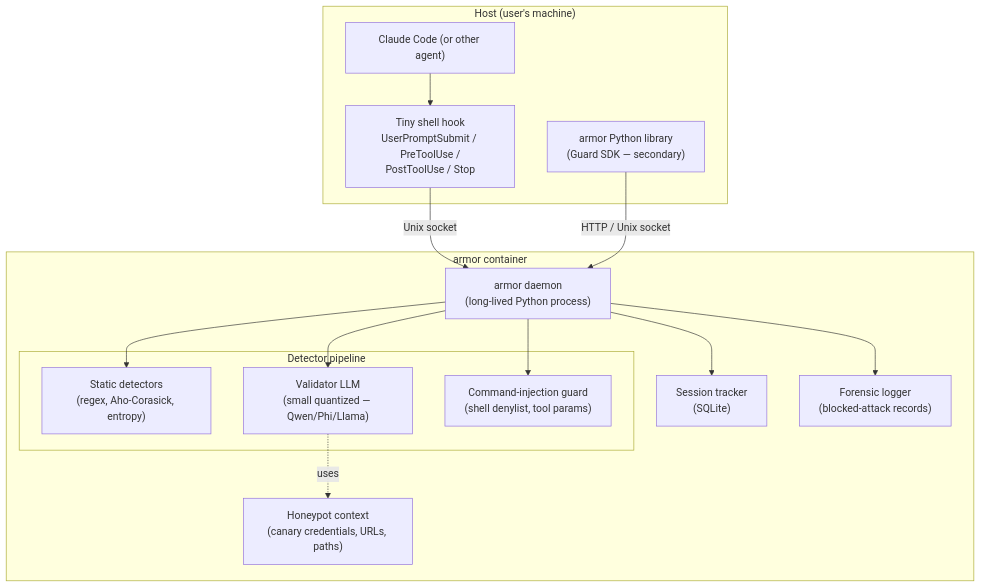
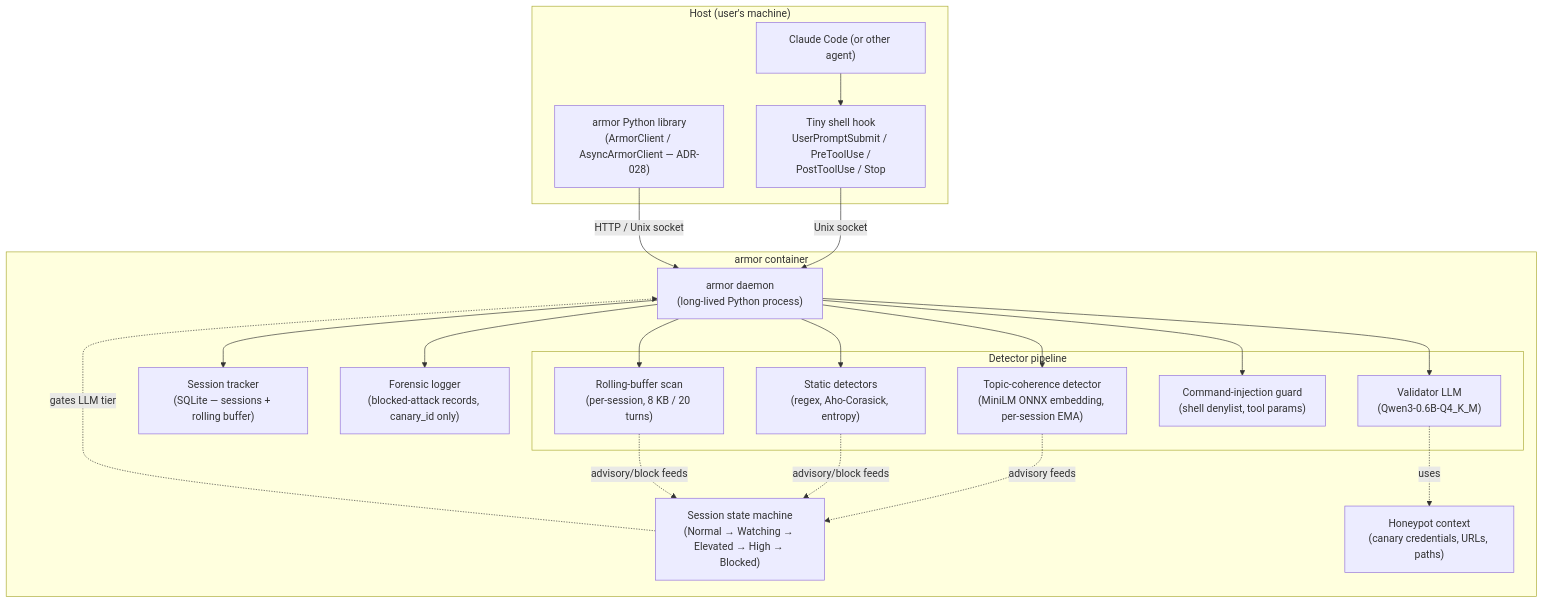
One commit to tkdtaylor/armor changed the first of 5 diagrams in docs/architecture/diagrams.md. Above: the diagram before and after it, drawn with Mermaid. The commit also changed other lines of this file and 95 other files, not shown here.

````diff
--- a/docs/architecture/diagrams.md
+++ b/docs/architecture/diagrams.md
@@ -14,32 +14,41 @@
 ```mermaid
 flowchart TB
     subgraph Host["Host (user's machine)"]
         CC["Claude Code (or other agent)"]
         Hook["Tiny shell hook<br/>UserPromptSubmit / PreToolUse /<br/>PostToolUse / Stop"]
-        Lib["armor Python library<br/>(Guard SDK — secondary)"]
+        Lib["armor Python library<br/>(ArmorClient / AsyncArmorClient — ADR-028)"]
     end
 
     subgraph Container["armor container"]
         Daemon["armor daemon<br/>(long-lived Python process)"]
 
         subgraph Detectors["Detector pipeline"]
             Static["Static detectors<br/>(regex, Aho-Corasick, entropy)"]
-            Validator["Validator LLM<br/>(small quantized — Qwen/Phi/Llama)"]
+            Validator["Validator LLM<br/>(Qwen3-0.6B-Q4_K_M)"]
+            Topic["Topic-coherence detector<br/>(MiniLM ONNX embedding, per-session EMA)"]
             CmdGuard["Command-injection guard<br/>(shell denylist, tool params)"]
+            Rolling["Rolling-buffer scan<br/>(per-session, 8 KB / 20 turns)"]
         end
 
-        Session["Session tracker<br/>(SQLite)"]
-        Forensic["Forensic logger<br/>(blocked-attack records)"]
+        FSM["Session state machine<br/>(Normal → Watching → Elevated → High → Blocked)"]
+        Session["Session tracker<br/>(SQLite — sessions + rolling buffer)"]
+        Forensic["Forensic logger<br/>(blocked-attack records, canary_id only)"]
         Honeypot["Honeypot context<br/>(canary credentials, URLs, paths)"]
     end
 
     CC --> Hook
     Hook -->|Unix socket| Daemon
     Lib -->|HTTP / Unix socket| Daemon
     Daemon --> Static
     Daemon --> Validator
+    Daemon --> Topic
     Daemon --> CmdGuard
+    Daemon --> Rolling
     Validator -.uses.-> Honeypot
+    Topic -.advisory feeds.-> FSM
+    Static -.advisory/block feeds.-> FSM
+    Rolling -.advisory/block feeds.-> FSM
+    FSM -.gates LLM tier.-> Daemon
     Daemon --> Session
     Daemon --> Forensic
 ```
````
